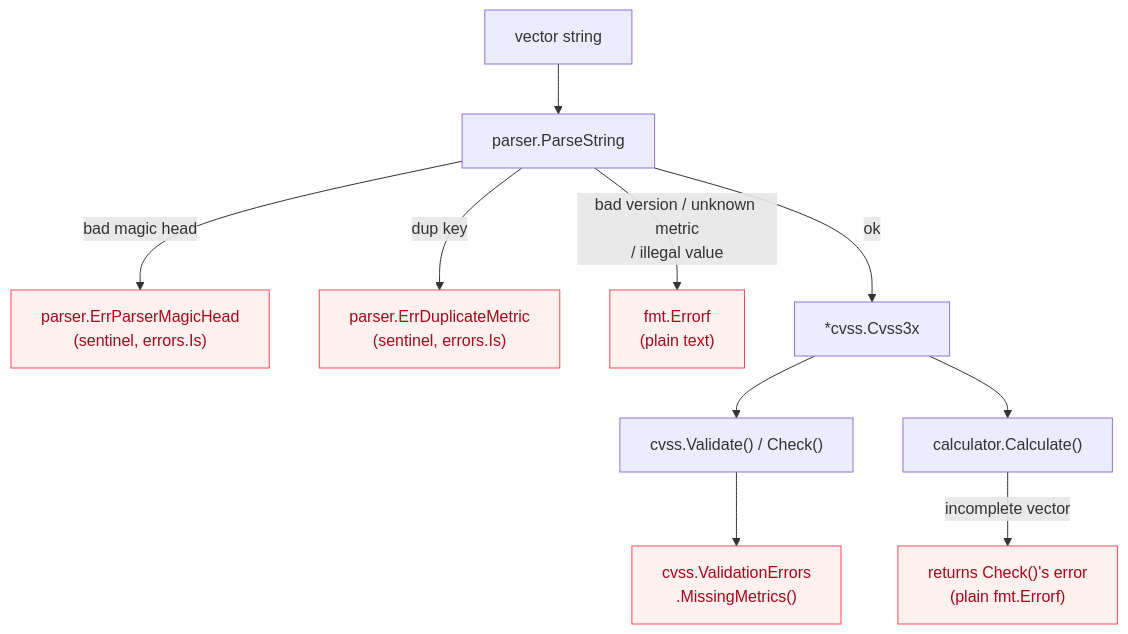
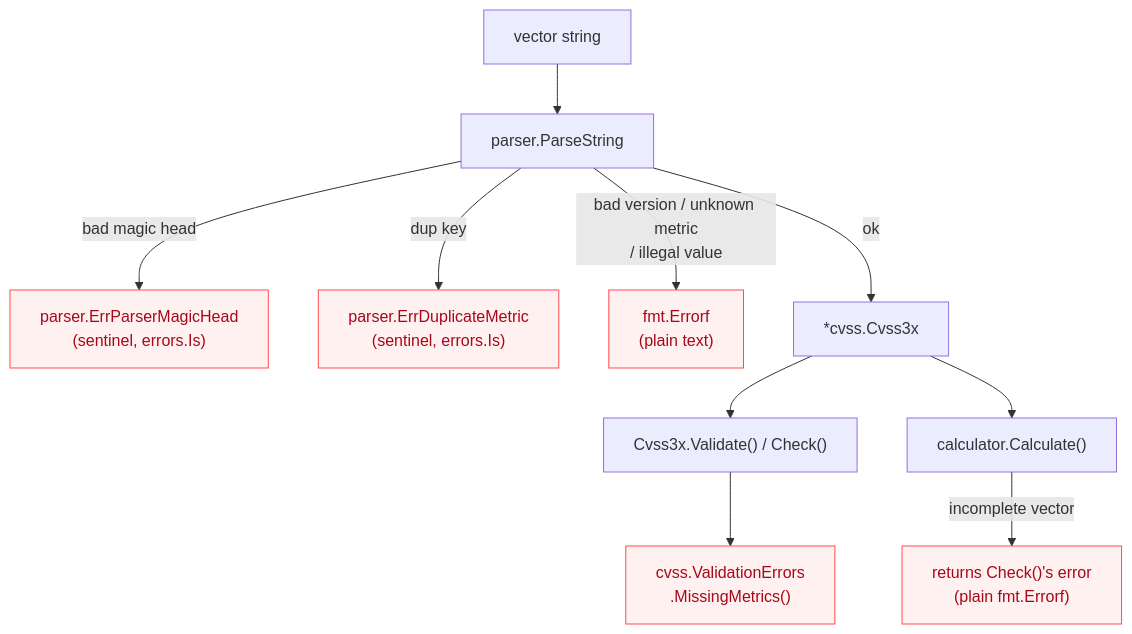
One commit to scagogogo/cvss changed the first of 2 diagrams in docs/api/error-handling.md. Above: the diagram before and after it, drawn with Mermaid. The commit also changed 1 other file, not shown here.

Commit message:
docs: fix mermaid node labeling Validate as a package function
The error-handling flowchart labeled the Validate/Check node
"cvss.Validate() / Check()", which reads as a package-level
cvss.Validate() function — no such function exists. Validate() and
Check() are methods on *Cvss3x. Relabel to "Cvss3x.Validate() / Check()"
so the node clearly denotes a method call on the *cvss.Cvss3x it
follows from. Applied to both EN and zh mirrors.

````diff
--- a/docs/api/error-handling.md
+++ b/docs/api/error-handling.md
@@ -9,15 +9,15 @@
 ```mermaid
 flowchart TD
     In["vector string"] --> P["parser.ParseString"]
     P -->|bad magic head| S1["parser.ErrParserMagicHead<br/>(sentinel, errors.Is)"]
     P -->|dup key| S2["parser.ErrDuplicateMetric<br/>(sentinel, errors.Is)"]
     P -->|bad version / unknown metric<br/>/ illegal value| FE["fmt.Errorf<br/>(plain text)"]
     P -->|ok| CV["*cvss.Cvss3x"]
-    CV --> V["cvss.Validate() / Check()"]
+    CV --> V["Cvss3x.Validate() / Check()"]
     V --> VE["cvss.ValidationErrors<br/>.MissingMetrics()"]
     CV --> C["calculator.Calculate()"]
     C -->|incomplete vector| VE2["returns Check()'s error<br/>(plain fmt.Errorf)"]
 
     classDef err fill:#fff1f0,stroke:#ff4d4f,color:#a8071a;
     class S1,S2,FE,VE,VE2 err;
 ```
````
